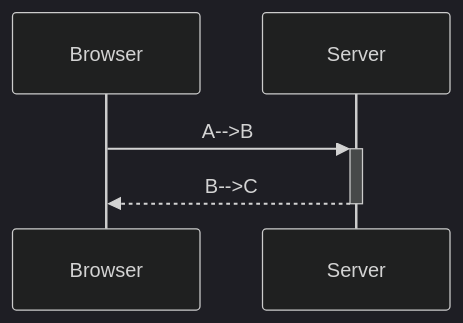
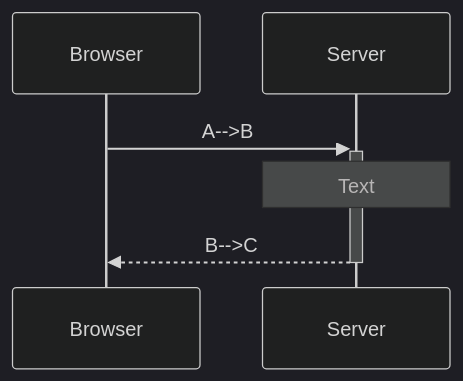
The diagram in osa0/osa0_tehtavat.md (eemeli3/fullstack_tehtavat), drawn with Mermaid (dark theme) before and after one commit.

````diff
--- a/osa0/osa0_tehtavat.md
+++ b/osa0/osa0_tehtavat.md
@@ -1,7 +1,8 @@
 ```mermaid
 sequenceDiagram;
     participant A as Browser;
     participant B as Server;
     A->>+B: A-->B;
+    Note over B: Text
     B-->>-A: B-->C;
 ```
````
